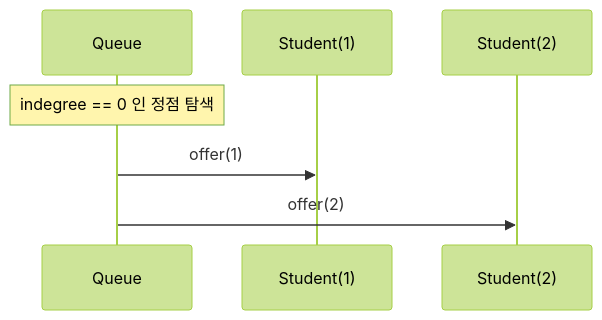
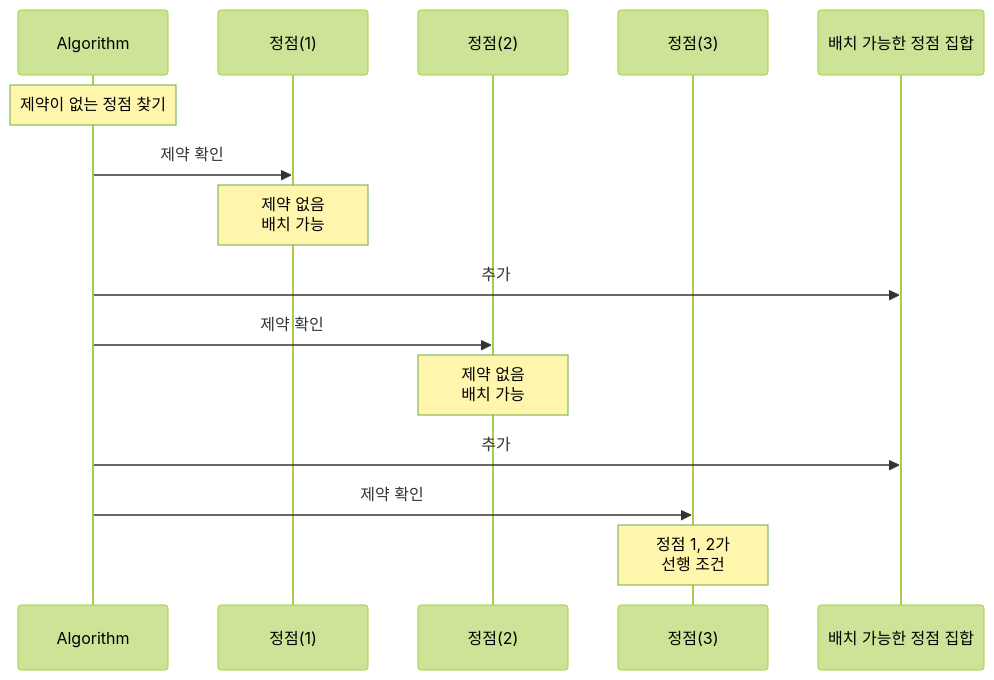
Before and after one commit to minor7295/algorithm: the second of 4 diagrams in boj/topology-sort/2252/2.algorithm.md, drawn with Mermaid (forest theme). The commit also changed other lines of this file and 2 other files, not shown here.

````diff
--- a/boj/topology-sort/2252/2.algorithm.md
+++ b/boj/topology-sort/2252/2.algorithm.md
@@ -183,10 +192,21 @@
 ```mermaid
 sequenceDiagram
-    participant Q as Queue
-    participant S1 as Student(1)
-    participant S2 as Student(2)
+    participant Algo as Algorithm
+    participant S1 as 정점(1)
+    participant S2 as 정점(2)
+    participant S3 as 정점(3)
+    participant Q as 배치 가능한 정점 집합
 
-    Note over Q: indegree == 0 인 정점 탐색
-    Q->>S1: offer(1)
-    Q->>S2: offer(2)
+    Note over Algo: 제약이 없는 정점 찾기
+    
+    Algo->>S1: 제약 확인
+    Note over S1: 제약 없음<br/>배치 가능
+    Algo->>Q: 추가
+    
+    Algo->>S2: 제약 확인
+    Note over S2: 제약 없음<br/>배치 가능
+    Algo->>Q: 추가
+    
+    Algo->>S3: 제약 확인
+    Note over S3: 정점 1, 2가<br/>선행 조건
 ```
````
